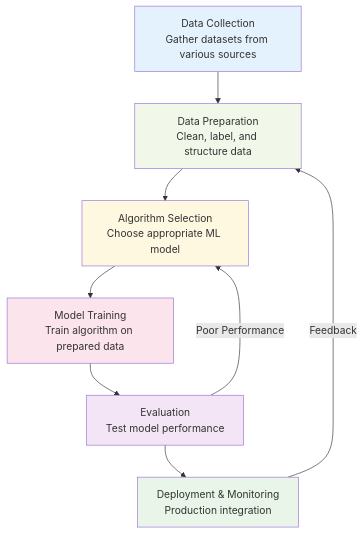
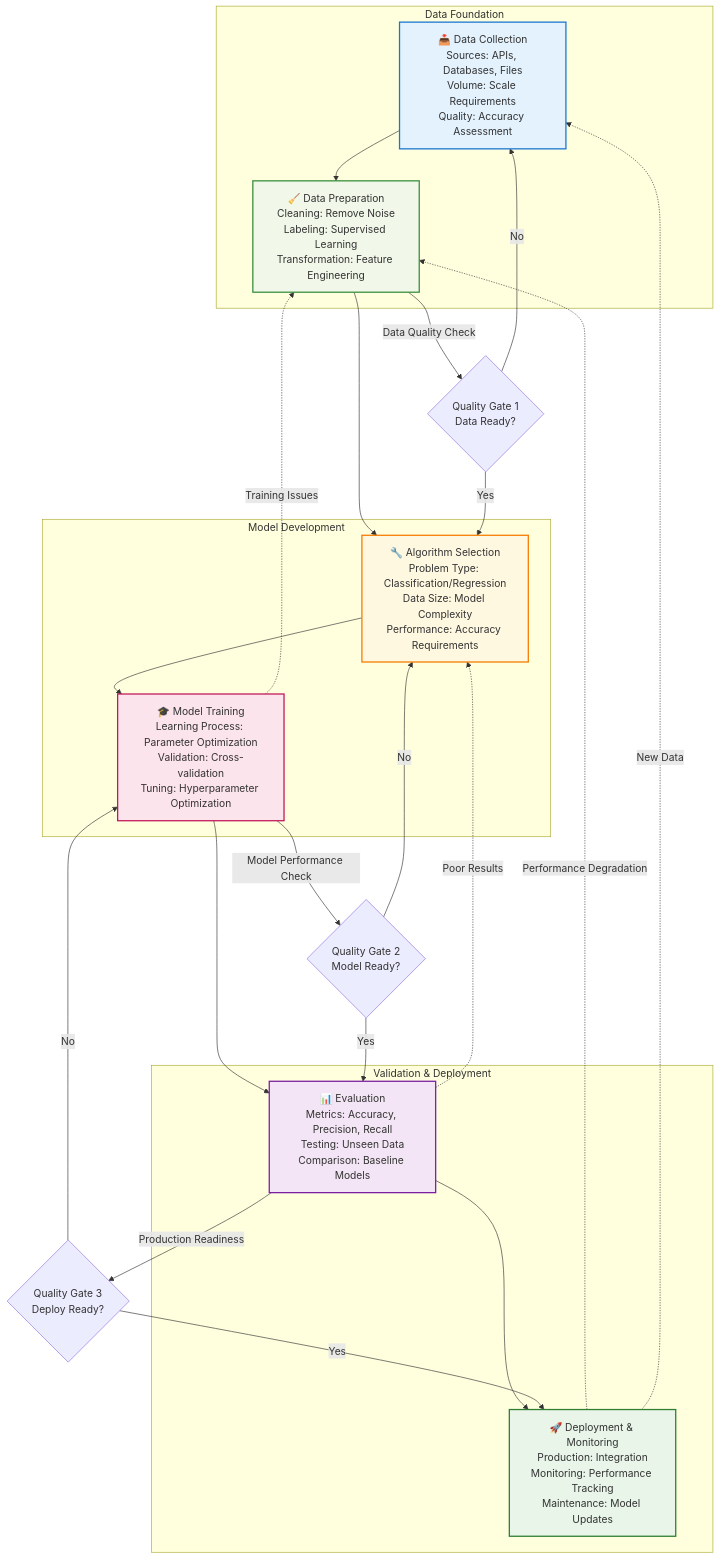
Before and after one commit to kishorekkota/kishorekkota.github.io: the third of 37 diagrams in llm_ai/ai_concepts_visualizations.md, drawn with Mermaid. The commit also changed other lines of this file and 2 other files, not shown here.

````diff
--- a/llm_ai/ai_concepts_visualizations.md
+++ b/llm_ai/ai_concepts_visualizations.md
@@ -45,24 +116,48 @@
 ```mermaid
 graph TB
-    A[Data Collection<br/>Gather datasets from various sources]
-    B[Data Preparation<br/>Clean, label, and structure data]
-    C[Algorithm Selection<br/>Choose appropriate ML model]
-    D[Model Training<br/>Train algorithm on prepared data]
-    E[Evaluation<br/>Test model performance]
-    F[Deployment & Monitoring<br/>Production integration]
+    subgraph "Data Foundation"
+        A[📥 Data Collection<br/>Sources: APIs, Databases, Files<br/>Volume: Scale Requirements<br/>Quality: Accuracy Assessment]
+        B[🧹 Data Preparation<br/>Cleaning: Remove Noise<br/>Labeling: Supervised Learning<br/>Transformation: Feature Engineering]
+    end
+    
+    subgraph "Model Development"
+        C[🔧 Algorithm Selection<br/>Problem Type: Classification/Regression<br/>Data Size: Model Complexity<br/>Performance: Accuracy Requirements]
+        D[🎓 Model Training<br/>Learning Process: Parameter Optimization<br/>Validation: Cross-validation<br/>Tuning: Hyperparameter Optimization]
+    end
+    
+    subgraph "Validation & Deployment"
+        E[📊 Evaluation<br/>Metrics: Accuracy, Precision, Recall<br/>Testing: Unseen Data<br/>Comparison: Baseline Models]
+        F[🚀 Deployment & Monitoring<br/>Production: Integration<br/>Monitoring: Performance Tracking<br/>Maintenance: Model Updates]
+    end
     
     A --> B
     B --> C
     C --> D
     D --> E
     E --> F
-    F -->|Feedback| B
-    E -->|Poor Performance| C
     
-    style A fill:#e3f2fd
-    style B fill:#f1f8e9
-    style C fill:#fff8e1
-    style D fill:#fce4ec
-    style E fill:#f3e5f5
-    style F fill:#e8f5e8
+    %% Feedback loops
+    F -.->|"Performance Degradation"| B
+    E -.->|"Poor Results"| C
+    D -.->|"Training Issues"| B
+    F -.->|"New Data"| A
+    
+    %% Quality gates
+    B -->|"Data Quality Check"| QG1{Quality Gate 1<br/>Data Ready?}
+    D -->|"Model Performance Check"| QG2{Quality Gate 2<br/>Model Ready?}
+    E -->|"Production Readiness"| QG3{Quality Gate 3<br/>Deploy Ready?}
+    
+    QG1 -->|No| A
+    QG1 -->|Yes| C
+    QG2 -->|No| C
+    QG2 -->|Yes| E
+    QG3 -->|No| D
+    QG3 -->|Yes| F
+    
+    style A fill:#e3f2fd,stroke:#1976D2,stroke-width:2px
+    style B fill:#f1f8e9,stroke:#388E3C,stroke-width:2px
+    style C fill:#fff8e1,stroke:#F57C00,stroke-width:2px
+    style D fill:#fce4ec,stroke:#C2185B,stroke-width:2px
+    style E fill:#f3e5f5,stroke:#7B1FA2,stroke-width:2px
+    style F fill:#e8f5e8,stroke:#2E7D32,stroke-width:2px
 ```
````
